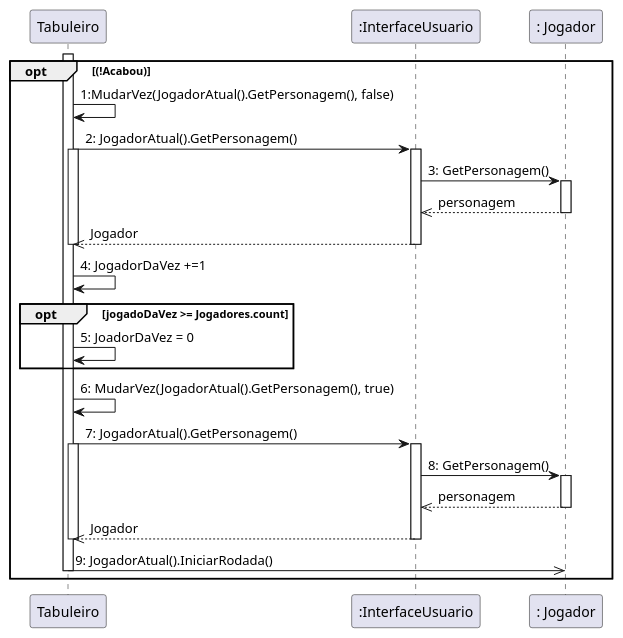
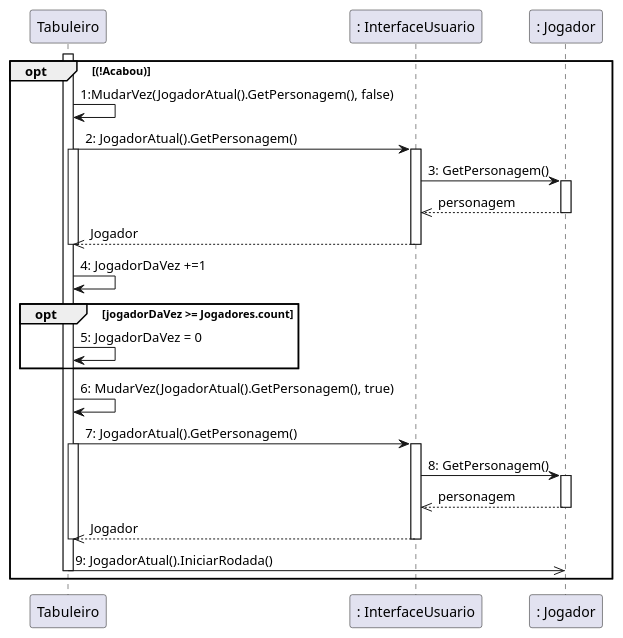
One commit to rogerpcto/ProjetoDeSoftware-UFF changed the diagram in Documentação/diagrama-de-sequencia-proximo-jogador.plantuml. Above: the diagram before and after it, drawn with PlantUML. The commit also changed 1 other file, not shown here.

```diff
--- a/Documentação/diagrama-de-sequencia-proximo-jogador.plantuml
+++ b/Documentação/diagrama-de-sequencia-proximo-jogador.plantuml
@@ -1,33 +1,33 @@
 @startuml
 opt (!Acabou)
 Activate Tabuleiro
 ": Tabuleiro" as  Tabuleiro->": Tabuleiro" as  Tabuleiro : 1:MudarVez(JogadorAtual().GetPersonagem(), false)
-Tabuleiro -> ":InterfaceUsuario" as GUI : 2: JogadorAtual().GetPersonagem()
+Tabuleiro -> ": InterfaceUsuario" as GUI : 2: JogadorAtual().GetPersonagem()
     activate Tabuleiro
     activate GUI
     GUI -> ": Jogador" as Jogador : 3: GetPersonagem()
     activate Jogador
     GUI <<-- Jogador : personagem
     deactivate Jogador
     Tabuleiro <<-- GUI : Jogador
     deactivate GUI
     deactivate Tabuleiro
 Tabuleiro -> Tabuleiro : 4: JogadorDaVez +=1
-    opt jogadoDaVez >= Jogadores.count
-        Tabuleiro -> Tabuleiro : 5: JoadorDaVez = 0
+    opt jogadorDaVez >= Jogadores.count
+        Tabuleiro -> Tabuleiro : 5: JogadorDaVez = 0
     end
 Tabuleiro -> Tabuleiro : 6: MudarVez(JogadorAtual().GetPersonagem(), true)
     Tabuleiro -> GUI : 7: JogadorAtual().GetPersonagem()
     activate Tabuleiro
     activate GUI
     GUI -> ": Jogador" as Jogador : 8: GetPersonagem()
     activate Jogador
     GUI <<-- Jogador : personagem
     deactivate Jogador
     Tabuleiro <<-- GUI : Jogador
     deactivate GUI
     deactivate Tabuleiro
 Tabuleiro ->> Jogador : 9: JogadorAtual().IniciarRodada()
 deactivate Tabuleiro
 end
 @enduml
```
